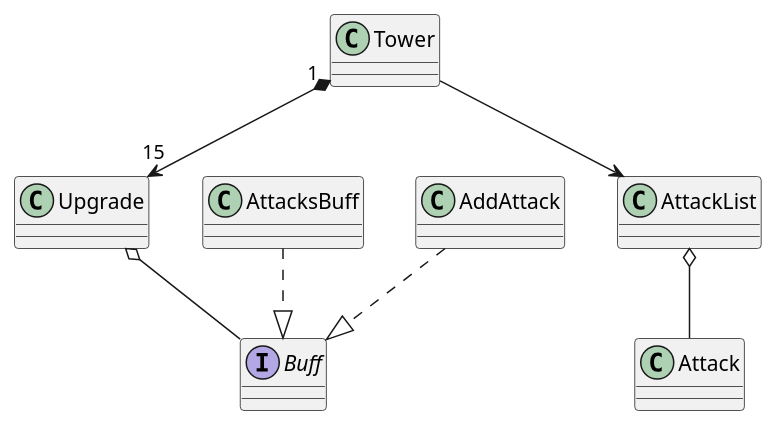
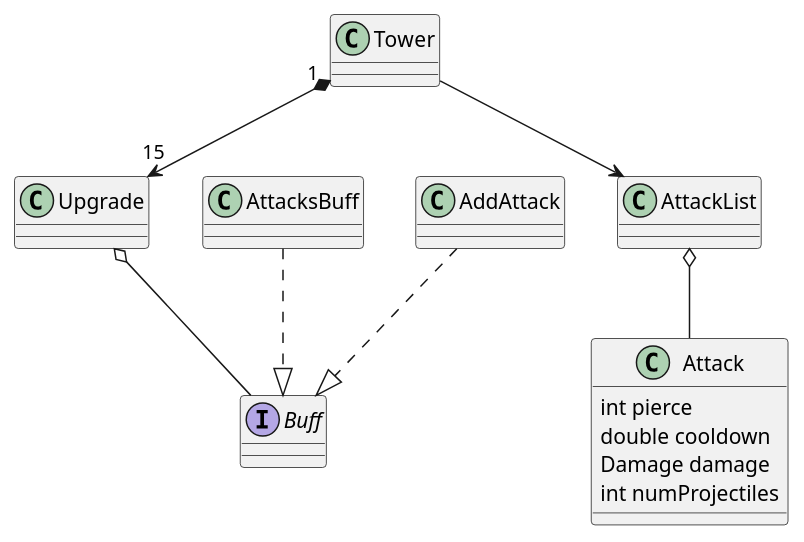
Before and after one commit to Smanmos/btd6-helper: the diagram in docs/btd6classdiagram.puml, drawn with PlantUML.

Commit message:
Add Attack attributes

```diff
--- a/docs/btd6classdiagram.puml
+++ b/docs/btd6classdiagram.puml
@@ -1,10 +1,15 @@
 @startuml
 interface Buff
+
+Attack : int pierce
+Attack : double cooldown
+Attack : Damage damage
+Attack : int numProjectiles
 
 Upgrade o-- Buff
 AttacksBuff ..|> Buff
 AddAttack ..|> Buff
 AttackList o-- Attack
 Tower "1" *--> "15" Upgrade
 Tower --> AttackList
 @enduml
```
